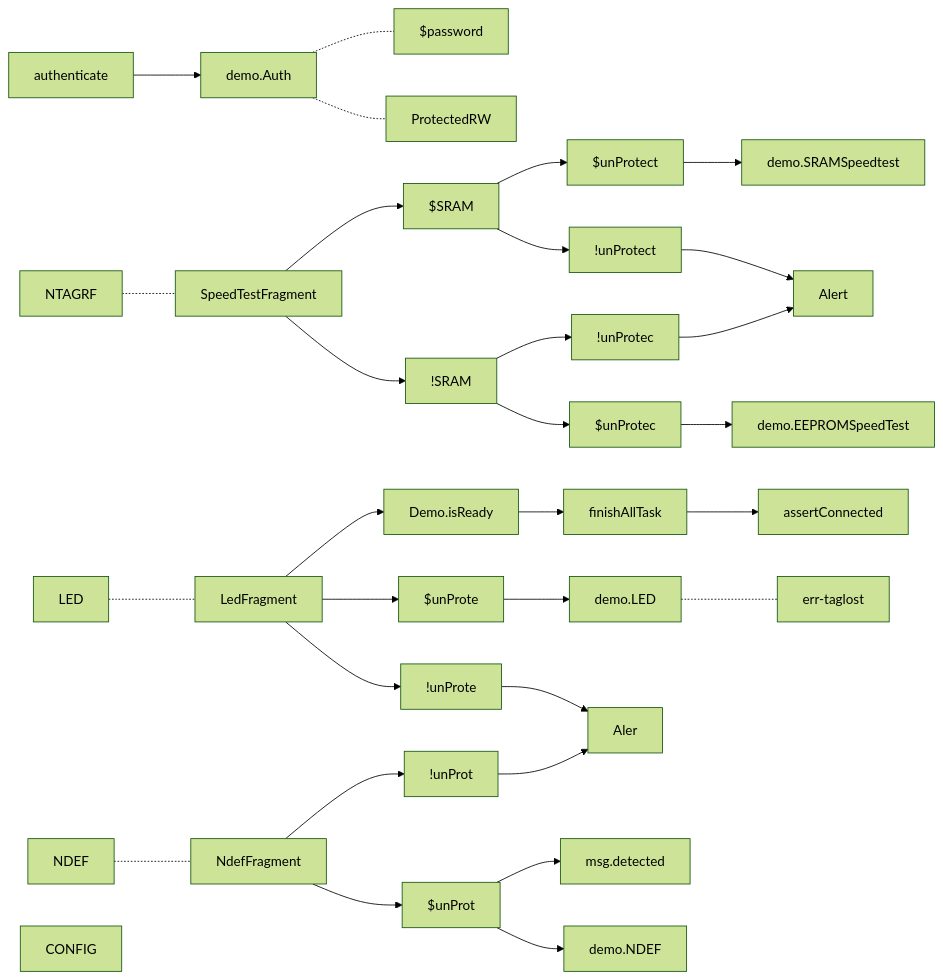
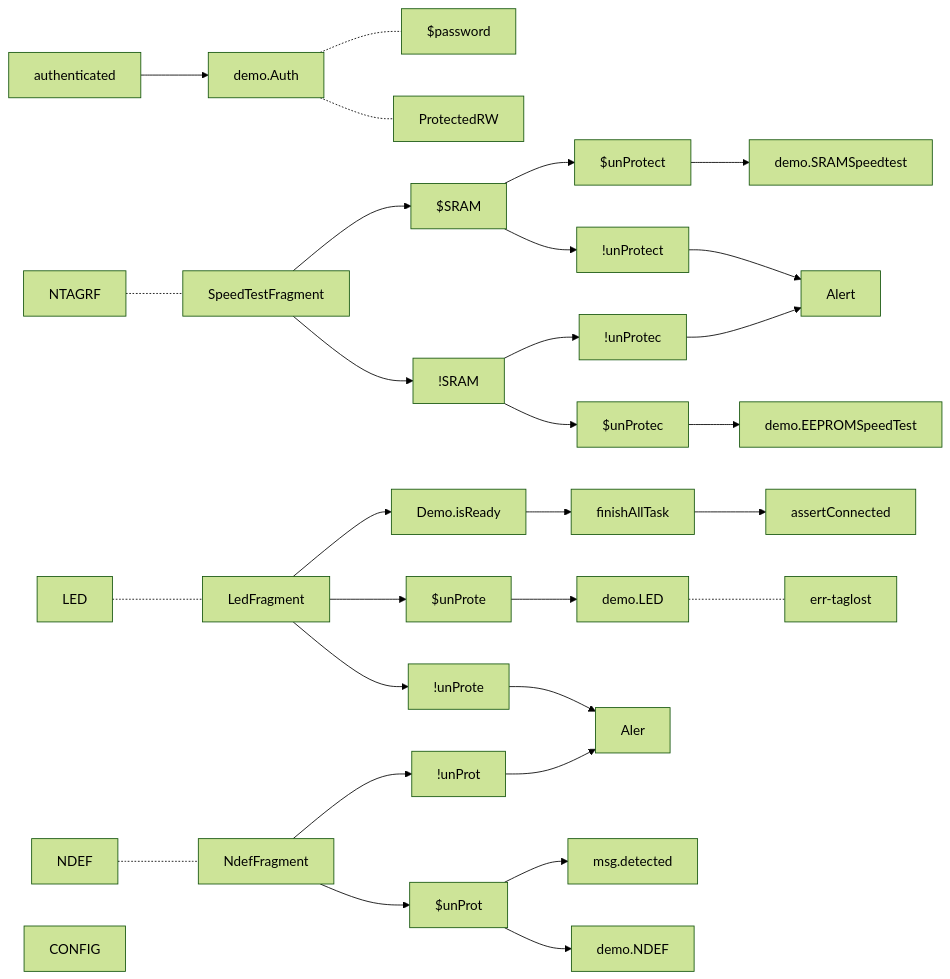
The fifth of 7 diagrams in nxp/MainActivity.md (gordianknotC/nxp_note), drawn with Mermaid (forest theme) before and after one commit. The commit also changed other lines of this file, not shown here.

````diff
--- a/nxp/MainActivity.md
+++ b/nxp/MainActivity.md
@@ -56,42 +56,42 @@
 ```mermaid
 graph LR
-authenticate --> demo.Auth
+authenticated --> demo.Auth
 demo.Auth -.- $password
 demo.Auth -.- ProtectedRW
 
 
 
 NTAGRF -.- SpeedTestFragment
 SpeedTestFragment--> $SRAM
 SpeedTestFragment--> !SRAM
 $SRAM --> $unProtect
 $SRAM --> !unProtect
 $unProtect--> demo.SRAMSpeedtest
 !unProtect--> Alert
 !SRAM --> $unProtec
 !SRAM --> !unProtec
 $unProtec --> demo.EEPROMSpeedTest
 !unProtec --> Alert
 
 
 LED -.- LedFragment
 LedFragment --> Demo.isReady
 Demo.isReady --> finishAllTask
 finishAllTask --> assertConnected
 LedFragment --> $unProte
 LedFragment --> !unProte
 $unProte --> demo.LED
 demo.LED -.- err-taglost
 !unProte --> Aler
 
 
 NDEF -.- NdefFragment
 NdefFragment --> $unProt
 NdefFragment --> !unProt
 $unProt--> msg.detected
 $unProt--> demo.NDEF
 !unProt --> Aler
 
 
 CONFIG
 ```
````
